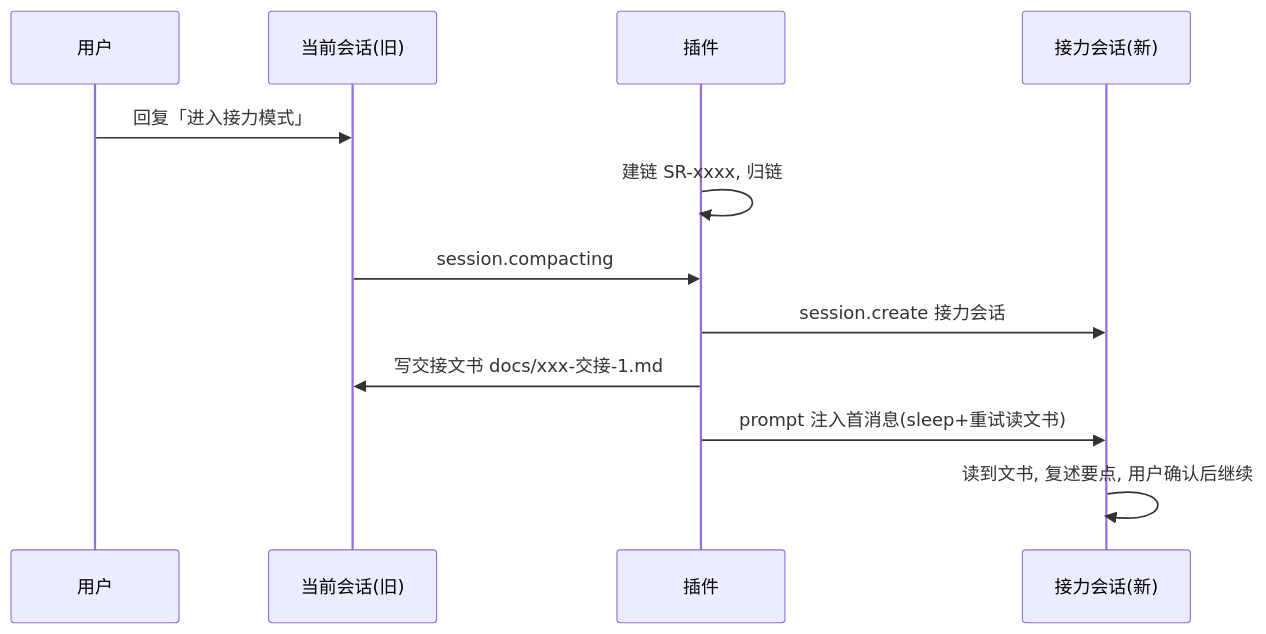
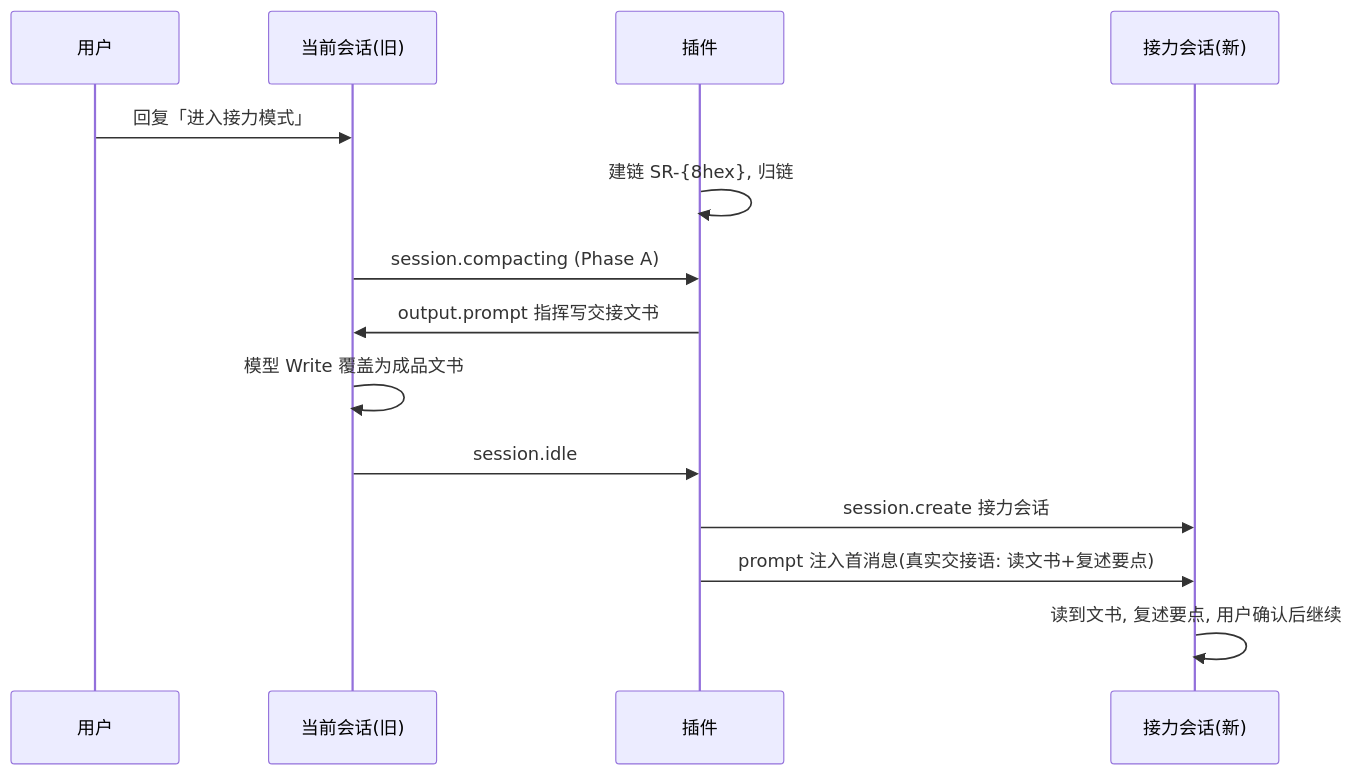
Before and after one commit to Qiu-Kejian/opencode-session-relay: the third of 4 diagrams in docs/flow.md, drawn with Mermaid. The commit also changed other lines of this file and 10 other files, not shown here.

````diff
--- a/docs/flow.md
+++ b/docs/flow.md
@@ -38,14 +38,16 @@
 ```mermaid
 sequenceDiagram
     participant U as 用户
     participant C as 当前会话(旧)
     participant P as 插件
     participant N as 接力会话(新)
     U->>C: 回复「进入接力模式」
-    P->>P: 建链 SR-xxxx, 归链
-    C->>P: session.compacting
+    P->>P: 建链 SR-{8hex}, 归链
+    C->>P: session.compacting (Phase A)
+    P->>C: output.prompt 指挥写交接文书
+    C->>C: 模型 Write 覆盖为成品文书
+    C->>P: session.idle
     P->>N: session.create 接力会话
-    P->>C: 写交接文书 docs/xxx-交接-1.md
-    P->>N: prompt 注入首消息(sleep+重试读文书)
+    P->>N: prompt 注入首消息(真实交接语: 读文书+复述要点)
     N->>N: 读到文书, 复述要点, 用户确认后继续
 ```
````
